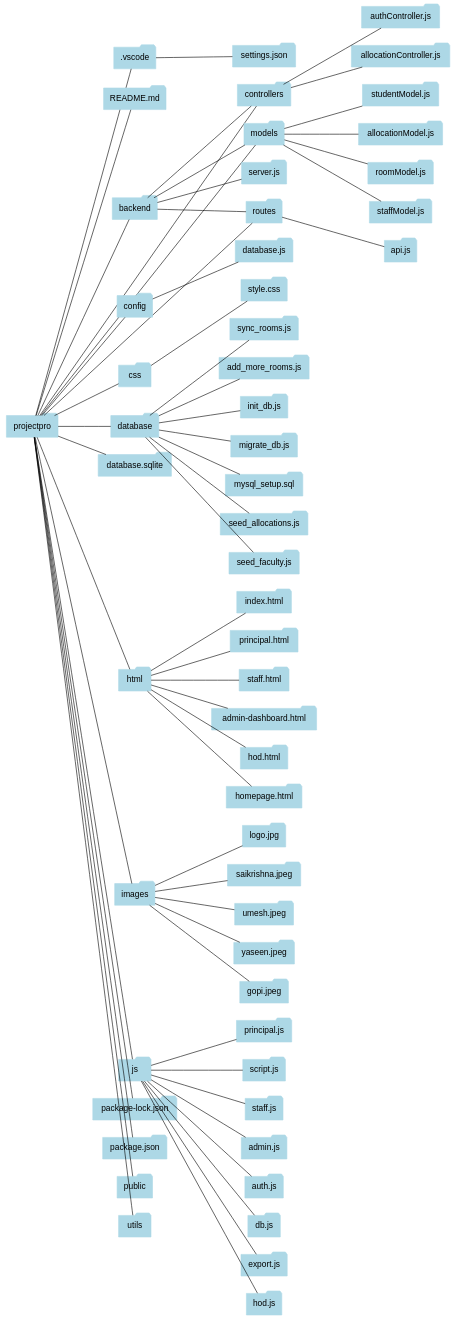
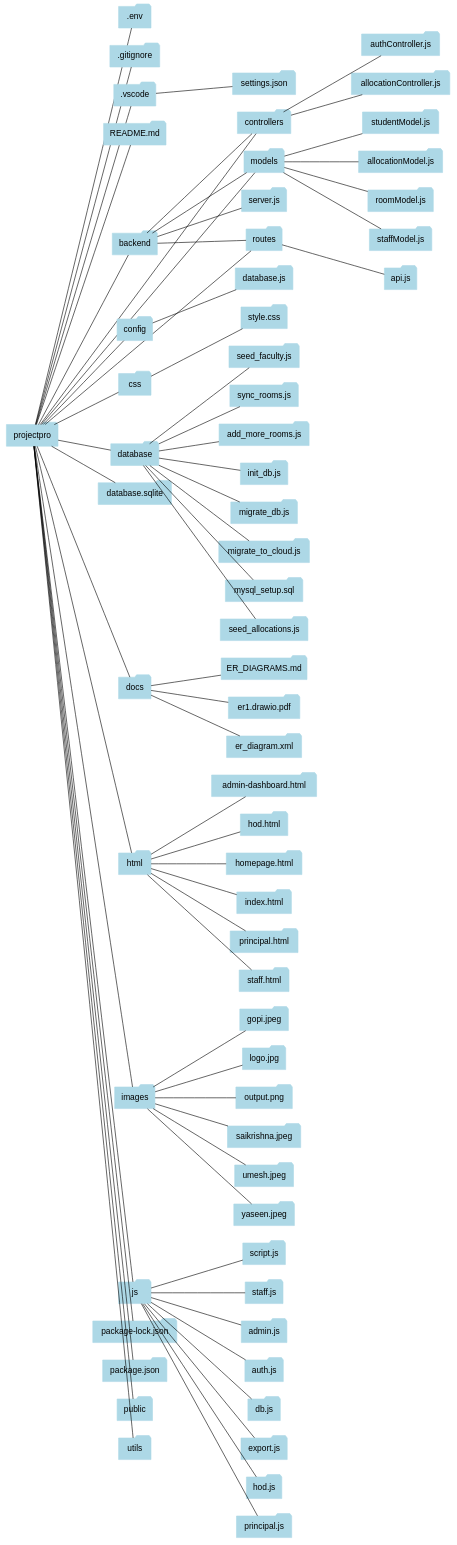
One commit to Umeshcse503/Examination-Seating changed the diagram in ignore/folder_path.dot. Above: the diagram before and after it, drawn with Graphviz. The commit also changed 2 other files, not shown here.

```diff
--- a/ignore/folder_path.dot
+++ b/ignore/folder_path.dot
@@ -1,65 +1,73 @@
 digraph folder_tree {
 rankdir=LR;
 node [shape=folder, style=filled, color=lightblue, fontname=Helvetica];
 edge [arrowhead=none];
 splines=false;
 ranksep=0.8;
 nodesep=0.4;
+"projectpro" -> ".env"
+"projectpro" -> ".gitignore"
 "projectpro" -> ".vscode"
 ".vscode" -> "settings.json"
 "projectpro" -> "README.md"
 "projectpro" -> "backend"
 "backend" -> "controllers"
 "backend" -> "models"
 "backend" -> "routes"
 "backend" -> "server.js"
 "projectpro" -> "config"
 "config" -> "database.js"
 "projectpro" -> "controllers"
 "controllers" -> "allocationController.js"
 "controllers" -> "authController.js"
 "projectpro" -> "css"
 "css" -> "style.css"
 "projectpro" -> "database"
 "database" -> "add_more_rooms.js"
 "database" -> "init_db.js"
 "database" -> "migrate_db.js"
+"database" -> "migrate_to_cloud.js"
 "database" -> "mysql_setup.sql"
 "database" -> "seed_allocations.js"
 "database" -> "seed_faculty.js"
 "database" -> "sync_rooms.js"
 "projectpro" -> "database.sqlite"
+"projectpro" -> "docs"
+"docs" -> "ER_DIAGRAMS.md"
+"docs" -> "er1.drawio.pdf"
+"docs" -> "er_diagram.xml"
 "projectpro" -> "html"
 "html" -> "admin-dashboard.html"
 "html" -> "hod.html"
 "html" -> "homepage.html"
 "html" -> "index.html"
 "html" -> "principal.html"
 "html" -> "staff.html"
 "projectpro" -> "images"
 "images" -> "gopi.jpeg"
 "images" -> "logo.jpg"
+"images" -> "output.png"
 "images" -> "saikrishna.jpeg"
 "images" -> "umesh.jpeg"
 "images" -> "yaseen.jpeg"
 "projectpro" -> "js"
 "js" -> "admin.js"
 "js" -> "auth.js"
 "js" -> "db.js"
 "js" -> "export.js"
 "js" -> "hod.js"
 "js" -> "principal.js"
 "js" -> "script.js"
 "js" -> "staff.js"
 "projectpro" -> "models"
 "models" -> "allocationModel.js"
 "models" -> "roomModel.js"
 "models" -> "staffModel.js"
 "models" -> "studentModel.js"
 "projectpro" -> "package-lock.json"
 "projectpro" -> "package.json"
 "projectpro" -> "public"
 "projectpro" -> "routes"
 "routes" -> "api.js"
 "projectpro" -> "utils"
 }
```
